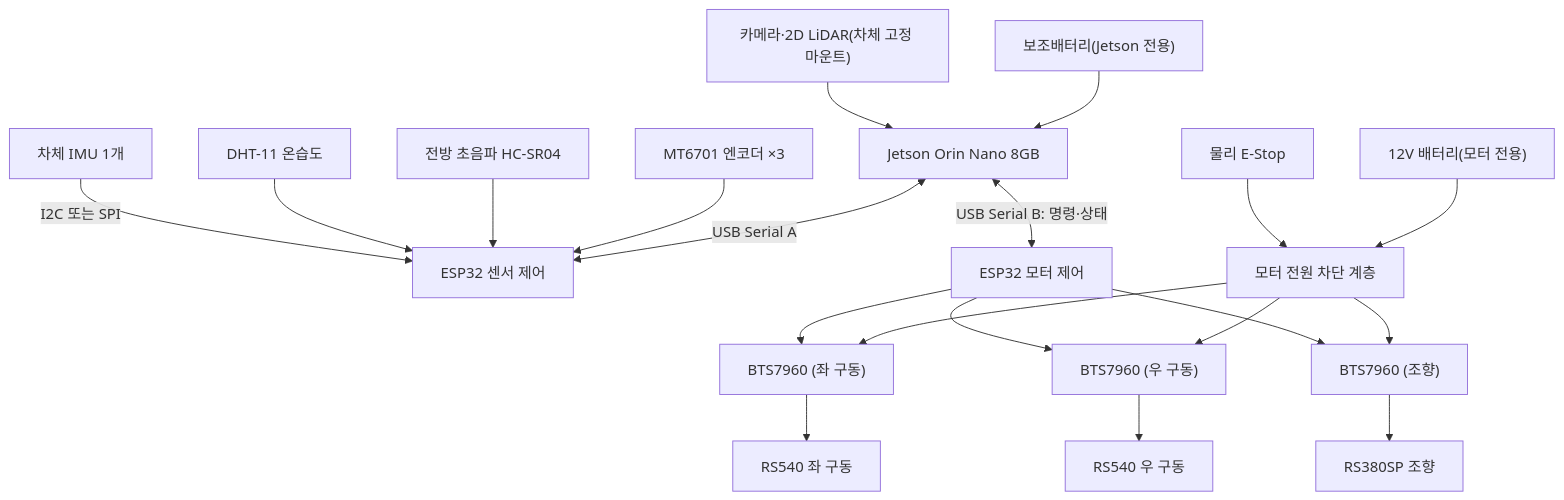
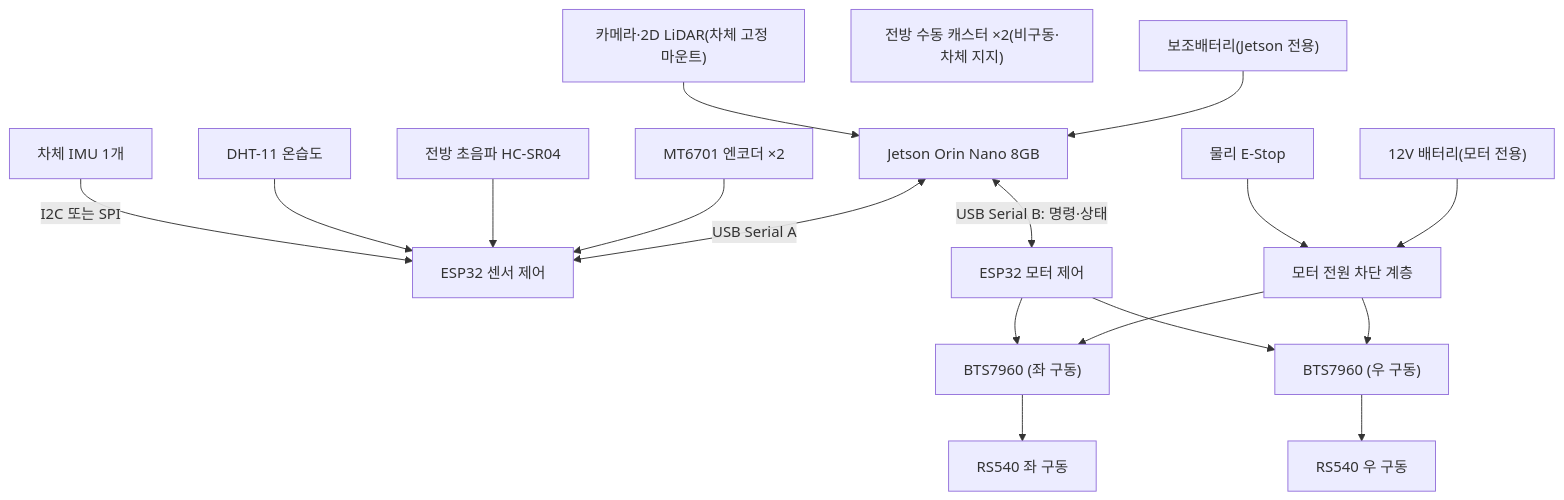
Before and after one commit to Common-AIOT/Sentinel-UGV: the diagram in docs/02-하드웨어.md, drawn with Mermaid. The commit also changed other lines of this file and 25 other files, not shown here.

````diff
--- a/docs/02-하드웨어.md
+++ b/docs/02-하드웨어.md
@@ -94,22 +98,20 @@
 ```mermaid
 flowchart TB
     sensors["카메라·2D LiDAR(차체 고정 마운트)"] --> jetson["Jetson Orin Nano 8GB"]
     imu["차체 IMU 1개"] -->|"I2C 또는 SPI"| esp32s
     environment["DHT-11 온습도"] --> esp32s["ESP32 센서 제어"]
     ultrasonic["전방 초음파 HC-SR04"] --> esp32s
-    encoders["MT6701 엔코더 ×3"] --> esp32s
+    encoders["MT6701 엔코더 ×2"] --> esp32s
     jetson <-->|"USB Serial A"| esp32s
     jetson <-->|"USB Serial B: 명령·상태"| esp32m["ESP32 모터 제어"]
     esp32m --> driverL["BTS7960 (좌 구동)"]
     esp32m --> driverR["BTS7960 (우 구동)"]
-    esp32m --> driverS["BTS7960 (조향)"]
     driverL --> motorL["RS540 좌 구동"]
     driverR --> motorR["RS540 우 구동"]
-    driverS --> motorS["RS380SP 조향"]
+    caster["전방 수동 캐스터 ×2(비구동·차체 지지)"]
     estop["물리 E-Stop"] --> power["모터 전원 차단 계층"]
     power --> driverL
     power --> driverR
-    power --> driverS
     battM["12V 배터리(모터 전용)"] --> power
     battJ["보조배터리(Jetson 전용)"] --> jetson
 ```
````
